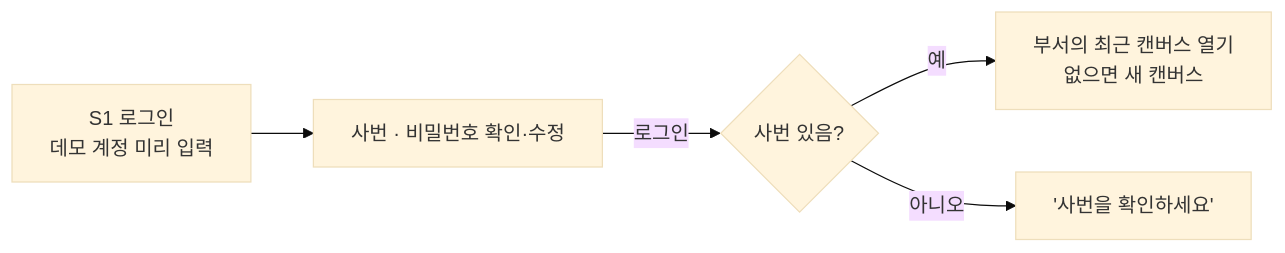
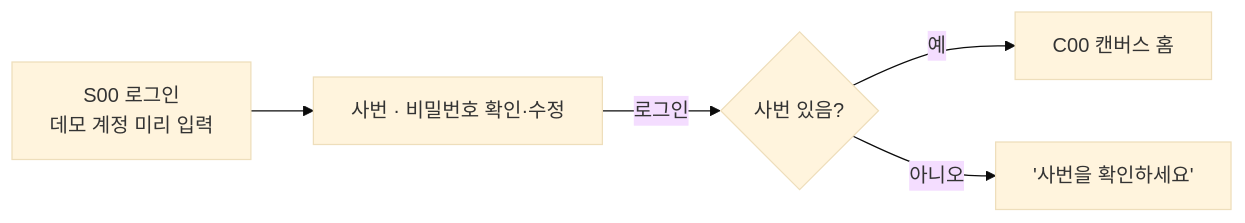
One commit to vamos-team/telescope changed the second of 12 diagrams in docs/frontend/ia.md. Above: the diagram before and after it, drawn with Mermaid (base theme). The commit also changed other lines of this file and 13 other files, not shown here.

````diff
--- a/docs/frontend/ia.md
+++ b/docs/frontend/ia.md
@@ -55,7 +123,7 @@
 ```mermaid
 flowchart LR
-  S1["S1 로그인<br/>데모 계정 미리 입력"] --> A["사번 · 비밀번호 확인·수정"]
+  S00["S00 로그인<br/>데모 계정 미리 입력"] --> A["사번 · 비밀번호 확인·수정"]
   A -->|로그인| OK{"사번 있음?"}
-  OK -->|예| R1["부서의 최근 캔버스 열기<br/>없으면 새 캔버스"]
+  OK -->|예| R1["C00 캔버스 홈"]
   OK -->|아니오| R2["'사번을 확인하세요'"]
 ```
````
